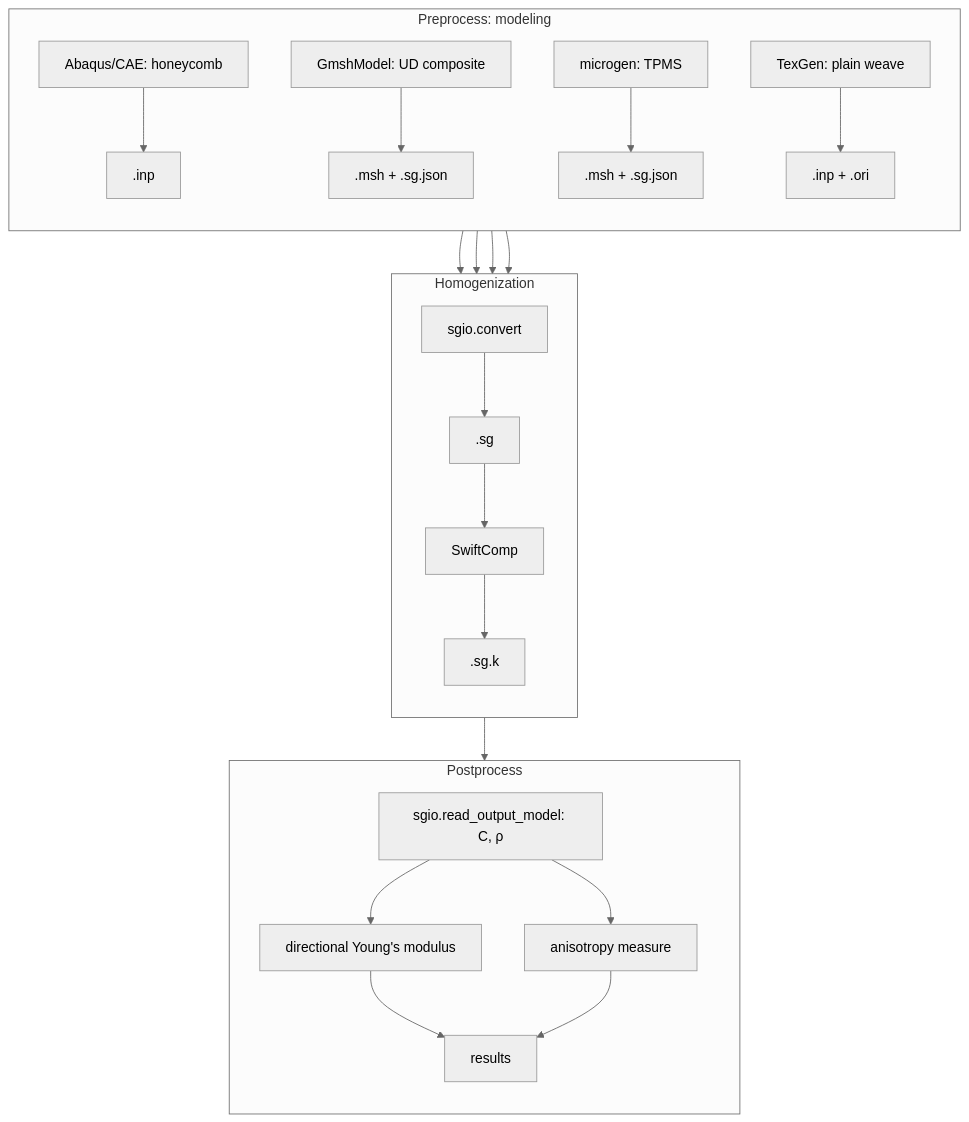
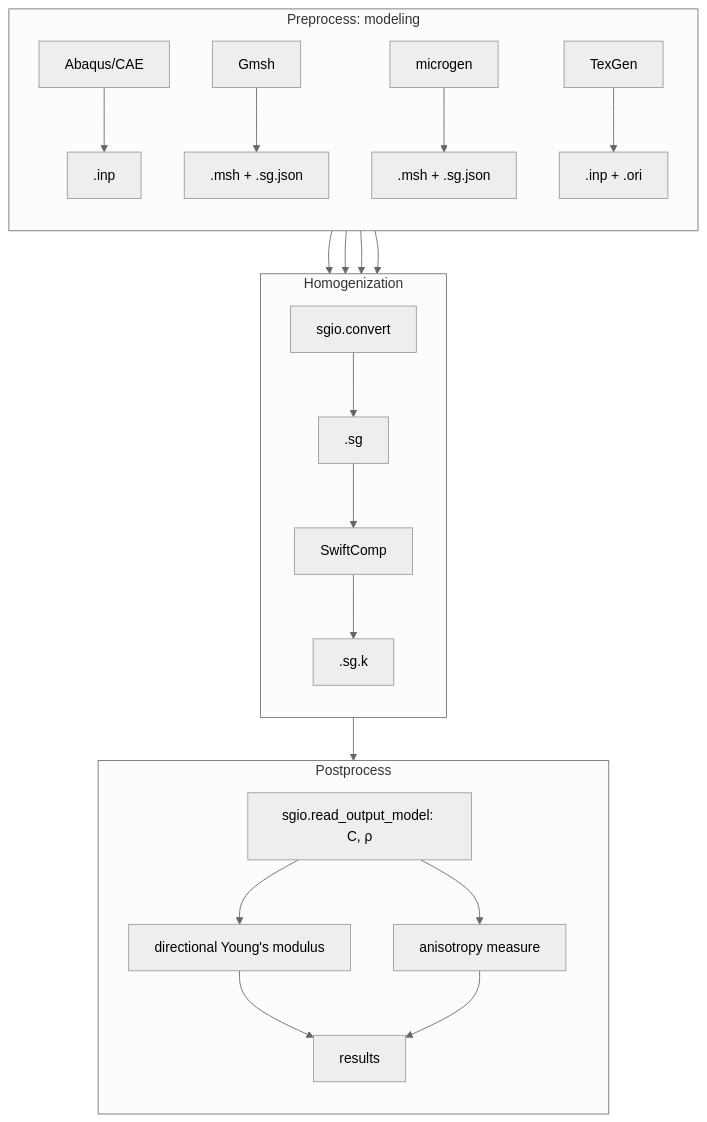
One commit to wenbinyugroup/msg-examples changed the diagram in examples/multi_builder_anisotropy/multi_builder_anisotropy.md. Above: the diagram before and after it, drawn with Mermaid (neutral theme). The commit also changed other lines of this file and 2 other files, not shown here.

````diff
--- a/examples/multi_builder_anisotropy/multi_builder_anisotropy.md
+++ b/examples/multi_builder_anisotropy/multi_builder_anisotropy.md
@@ -49,30 +53,30 @@
 ```{mermaid}
 flowchart TD
   subgraph pre["Preprocess: modeling"]
     direction TB
-    B1["Abaqus/CAE: honeycomb"] --> F1[".inp"]
-    B2["GmshModel: UD composite"] --> F2[".msh + .sg.json"]
-    B3["microgen: TPMS"] --> F3[".msh + .sg.json"]
-    B4["TexGen: plain weave"] --> F4[".inp + .ori"]
+    B1["Abaqus/CAE"] --> F1[".inp"]
+    B2["Gmsh"] --> F2[".msh + .sg.json"]
+    B3["microgen"] --> F3[".msh + .sg.json"]
+    B4["TexGen"] --> F4[".inp + .ori"]
   end
   subgraph homo["Homogenization"]
     direction TB
     S["sgio.convert"] --> SG[".sg"] --> SC["SwiftComp"] --> K[".sg.k"]
   end
   subgraph post["Postprocess"]
     direction TB
     RD["sgio.read_output_model: C, ρ"]
     Y["directional Young's modulus"]
     A["anisotropy measure"]
     R["results"]
     Y --> R
     A --> R
   end
   F1 --> S
   F2 --> S
   F3 --> S
   F4 --> S
   K --> RD
   RD --> Y
   RD --> A
 ```
````
